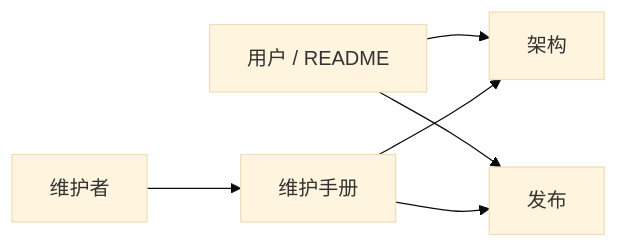
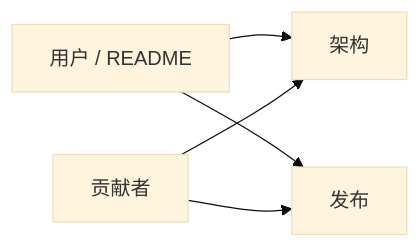
One commit to rururunu/AAAi changed the diagram in docs/README.zh-CN.md. Above: the diagram before and after it, drawn with Mermaid (base theme). The commit also changed other lines of this file and 45 other files, not shown here.

````diff
--- a/docs/README.zh-CN.md
+++ b/docs/README.zh-CN.md
@@ -20,8 +19,7 @@
 ```mermaid
 flowchart LR
   User[用户 / README] --> Arch[架构]
   User --> Rel[发布]
-  Dev[维护者] --> Maint[维护手册]
-  Maint --> Arch
-  Maint --> Rel
+  Dev[贡献者] --> Arch
+  Dev --> Rel
 ```
````
